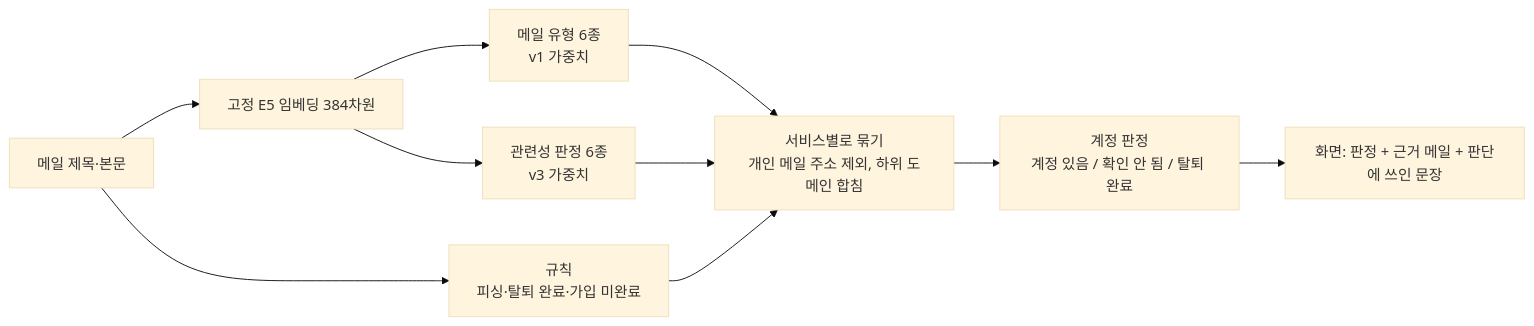
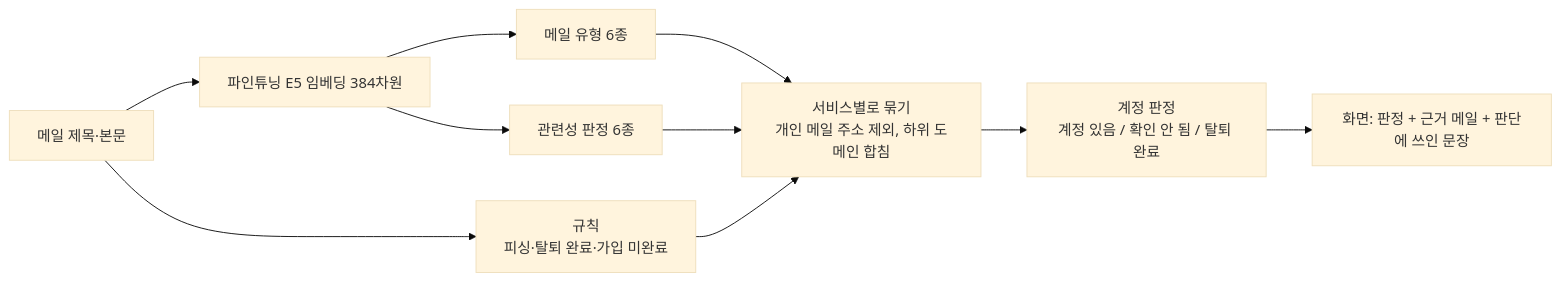
The diagram in docs/05_모델카드_학습근거.md (TEAM-CATHOLIC/eliceContest), drawn with Mermaid (base theme) before and after one commit. The commit also changed other lines of this file, not shown here.

````diff
--- a/docs/05_모델카드_학습근거.md
+++ b/docs/05_모델카드_학습근거.md
@@ -22,12 +22,12 @@
 ```mermaid
 flowchart LR
-    A[메일 제목·본문] --> B[고정 E5 임베딩 384차원]
-    B --> C1[메일 유형 6종<br/>v1 가중치]
-    B --> C2[관련성 판정 6종<br/>v3 가중치]
+    A[메일 제목·본문] --> B[파인튜닝 E5 임베딩 384차원]
+    B --> C1[메일 유형 6종]
+    B --> C2[관련성 판정 6종]
     A --> R[규칙<br/>피싱·탈퇴 완료·가입 미완료]
     C1 --> D[서비스별로 묶기<br/>개인 메일 주소 제외, 하위 도메인 합침]
     C2 --> D
     R --> D
     D --> E[계정 판정<br/>계정 있음 / 확인 안 됨 / 탈퇴 완료]
     E --> F[화면: 판정 + 근거 메일 + 판단에 쓰인 문장]
 ```
````
